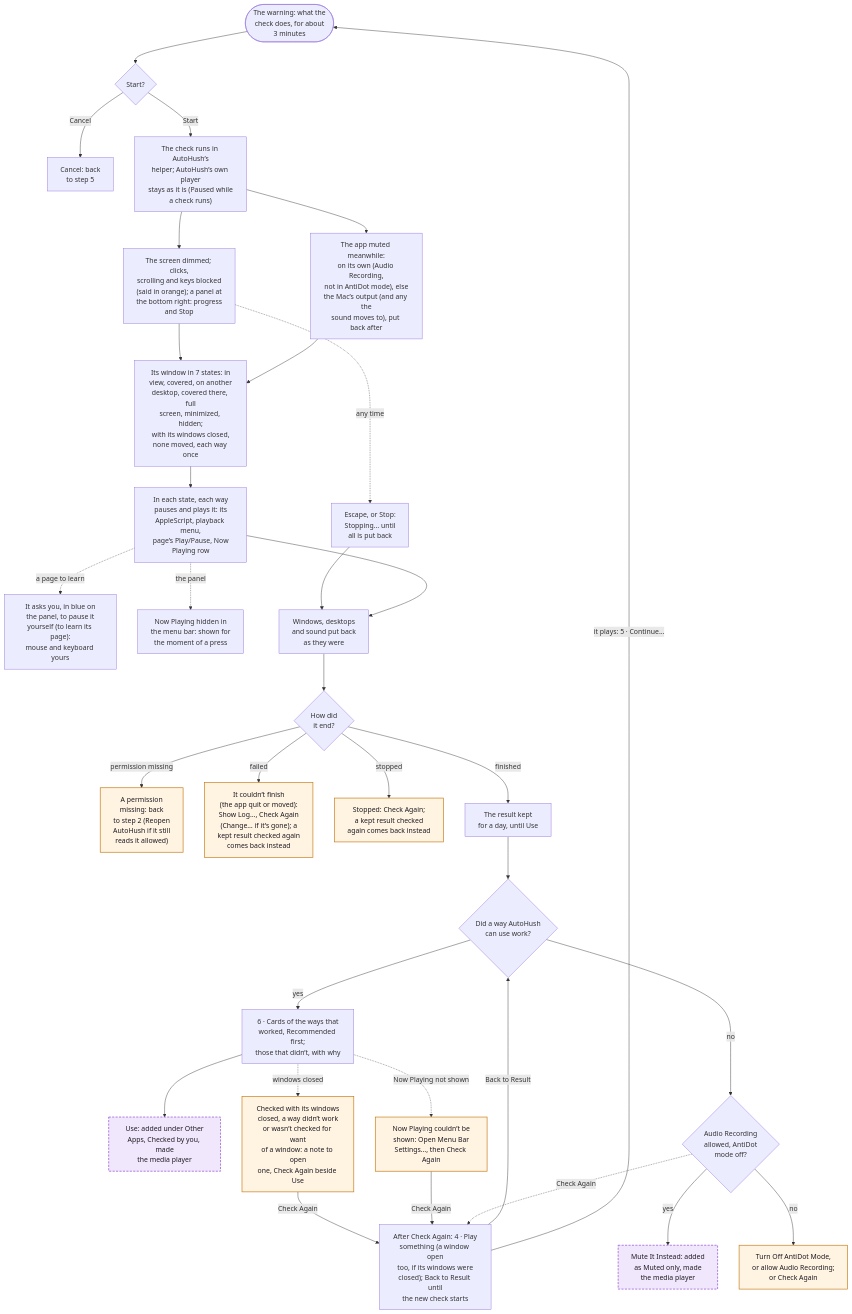
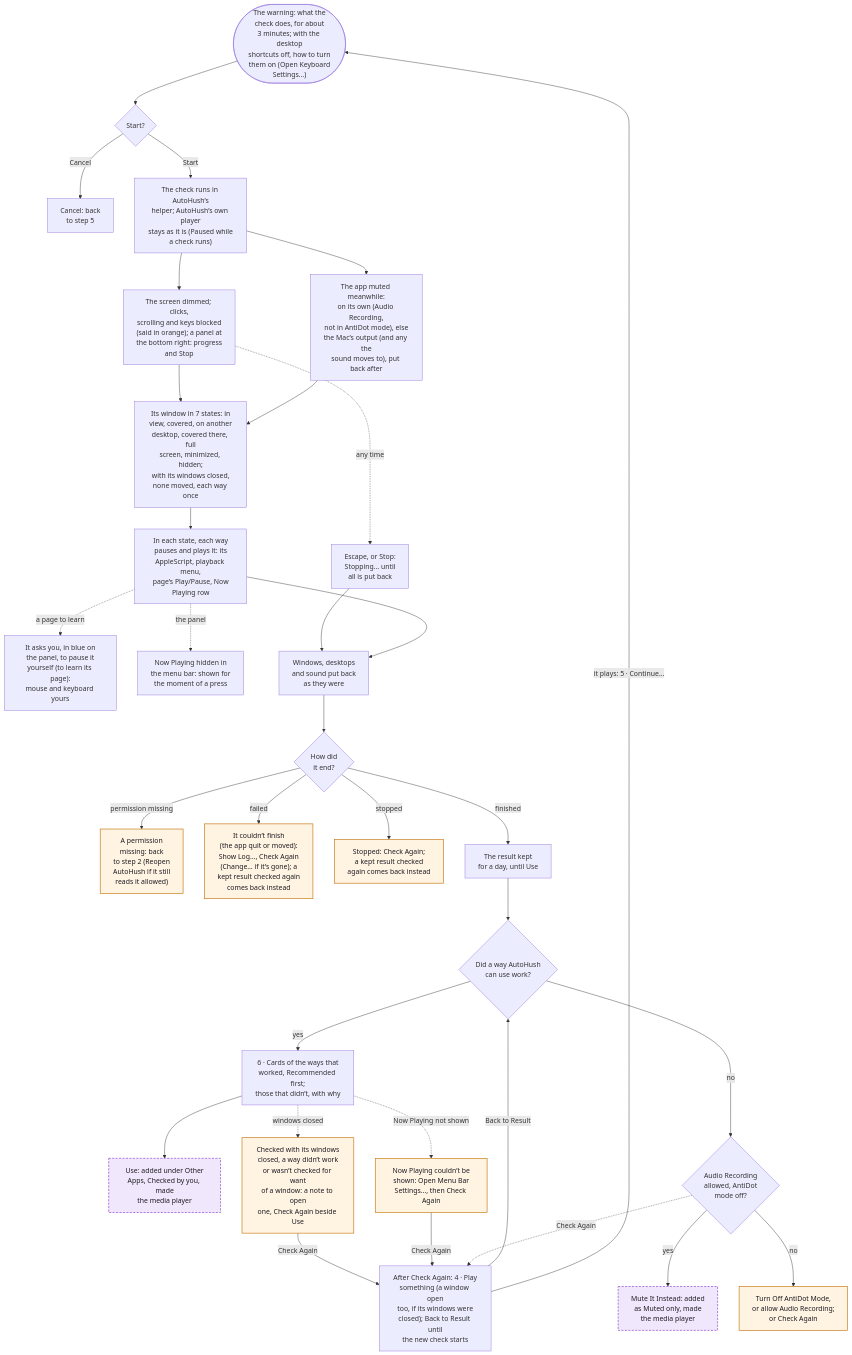
One commit to hfustercabre/AutoHush changed the tenth of 14 diagrams in WORKFLOWS.md. Above: the diagram before and after it, drawn with Mermaid. The commit also changed 10 other files, not shown here.

First line of the commit message:
fix: the warning before a check says to turn the desktop shortcuts on

````diff
--- a/WORKFLOWS.md
+++ b/WORKFLOWS.md
@@ -542,64 +542,64 @@
 ```mermaid
 flowchart TD
-  WARN(["The warning: what the<br/>check does, for about<br/>3 minutes"])
+  WARN(["The warning: what the<br/>check does, for about<br/>3 minutes; with the desktop<br/>shortcuts off, how to turn<br/>them on (Open Keyboard<br/>Settings…)"])
   GO{"Start?"}
   BACK["Cancel: back<br/>to step 5"]
   RUN["The check runs in AutoHush’s<br/>helper; AutoHush’s own player<br/>stays as it is (Paused while<br/>a check runs)"]
   BLOCK["The screen dimmed; clicks,<br/>scrolling and keys blocked<br/>(said in orange); a panel at<br/>the bottom right: progress<br/>and Stop"]
   MUTE["The app muted meanwhile:<br/>on its own (Audio Recording,<br/>not in AntiDot mode), else<br/>the Mac’s output (and any the<br/>sound moves to), put back after"]
   STATES["Its window in 7 states: in<br/>view, covered, on another<br/>desktop, covered there, full<br/>screen, minimized, hidden;<br/>with its windows closed,<br/>none moved, each way once"]
   WAYS["In each state, each way<br/>pauses and plays it: its<br/>AppleScript, playback menu,<br/>page’s Play/Pause, Now<br/>Playing row"]
   ASK["It asks you, in blue on<br/>the panel, to pause it<br/>yourself (to learn its page):<br/>mouse and keyboard yours"]
   SHOW["Now Playing hidden in<br/>the menu bar: shown for<br/>the moment of a press"]
   STOP["Escape, or Stop:<br/>Stopping… until<br/>all is put back"]
   PUT["Windows, desktops<br/>and sound put back<br/>as they were"]
   HOW{"How did<br/>it end?"}
   PERM["A permission<br/>missing: back<br/>to step 2 (Reopen<br/>AutoHush if it still<br/>reads it allowed)"]
   FAIL["It couldn’t finish<br/>(the app quit or moved):<br/>Show Log…, Check Again<br/>(Change… if it’s gone); a<br/>kept result checked again<br/>comes back instead"]
   STOPPED["Stopped: Check Again;<br/>a kept result checked<br/>again comes back instead"]
   KEEP["The result kept<br/>for a day, until Use"]
   ANY{"Did a way AutoHush<br/>can use work?"}
   CARDS["6 · Cards of the ways that<br/>worked, Recommended first;<br/>those that didn’t, with why"]
   USE["Use: added under Other<br/>Apps, Checked by you, made<br/>the media player"]
   NPH["Now Playing couldn’t be<br/>shown: Open Menu Bar<br/>Settings…, then Check Again"]
   CLW["Checked with its windows<br/>closed, a way didn’t work<br/>or wasn’t checked for want<br/>of a window: a note to open<br/>one, Check Again beside Use"]
   AGN["After Check Again: 4 · Play<br/>something (a window open<br/>too, if its windows were<br/>closed); Back to Result until<br/>the new check starts"]
   MUT{"Audio Recording<br/>allowed, AntiDot<br/>mode off?"}
   MII["Mute It Instead: added<br/>as Muted only, made<br/>the media player"]
   ANTI["Turn Off AntiDot Mode,<br/>or allow Audio Recording;<br/>or Check Again"]
 
   WARN --> GO
   GO -->|"Cancel"| BACK
   GO -->|"Start"| RUN
   RUN --> BLOCK
   RUN --> MUTE
   BLOCK --> STATES
   MUTE --> STATES
   STATES --> WAYS
   WAYS -.->|"a page to learn"| ASK
   WAYS -.->|"the panel"| SHOW
   BLOCK -.->|"any time"| STOP
   STOP --> PUT
   WAYS --> PUT
   PUT --> HOW
   HOW -->|"finished"| KEEP --> ANY
   HOW -->|"permission missing"| PERM
   HOW -->|"failed"| FAIL
   HOW -->|"stopped"| STOPPED
   ANY -->|"yes"| CARDS --> USE
   CARDS -.->|"Now Playing not shown"| NPH
   CARDS -.->|"windows closed"| CLW
   CLW -->|"Check Again"| AGN
   NPH -->|"Check Again"| AGN
   MUT -.->|"Check Again"| AGN
   AGN -->|"Back to Result"| ANY
   AGN -->|"it plays: 5 · Continue…"| WARN
   ANY -->|"no"| MUT
   MUT -->|"yes"| MII
   MUT -->|"no"| ANTI
 
   class USE,MII ref
   class FAIL,STOPPED,PERM,NPH,CLW,ANTI warn
   classDef ref fill:#f1e7fc,stroke:#8a3fd1,stroke-width:1.5px,stroke-dasharray: 5 3,color:#1d1b22
   classDef warn fill:#fff3e2,stroke:#c47812,stroke-width:1.5px,color:#1d1b22
 ```
````
